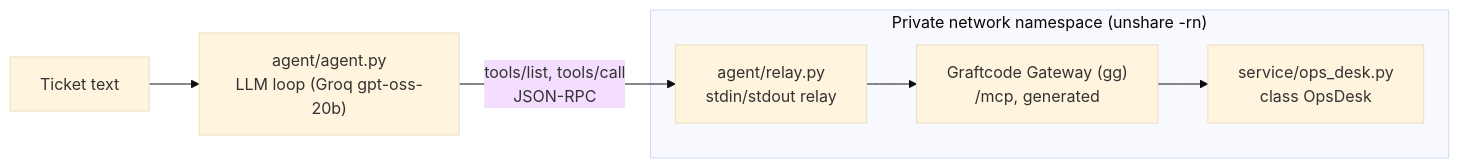
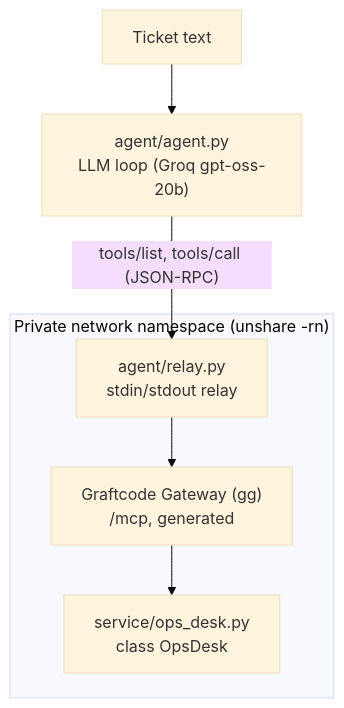
One commit to riteshsah235/opsdesk-mcp-agent changed the diagram in README.md. Above: the diagram before and after it, drawn with Mermaid (base theme). The commit also changed other lines of this file, not shown here.

Commit message:
README: vertical diagram, qualify tagline

````diff
--- a/README.md
+++ b/README.md
@@ -47,12 +47,12 @@
 ```mermaid
-flowchart LR
+flowchart TB
     T[Ticket text] --> A["agent/agent.py<br/>LLM loop (Groq gpt-oss-20b)"]
-    A -- "tools/list, tools/call<br/>JSON-RPC" --> R["agent/relay.py<br/>stdin/stdout relay"]
+    A -- "tools/list, tools/call (JSON-RPC)" --> R["agent/relay.py<br/>stdin/stdout relay"]
     R --> G["Graftcode Gateway (gg)<br/>/mcp, generated"]
     G --> S["service/ops_desk.py<br/>class OpsDesk"]
     subgraph NS ["Private network namespace (unshare -rn)"]
         R
         G
         S
     end
 ```
````
